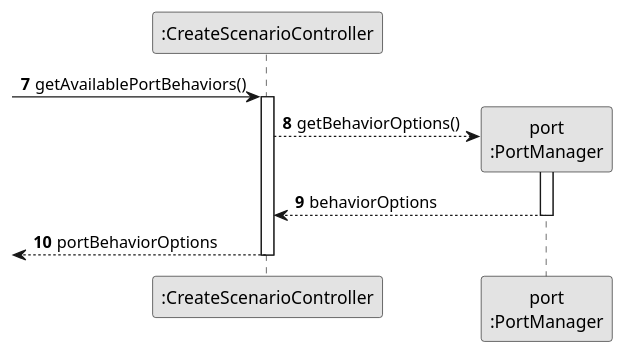
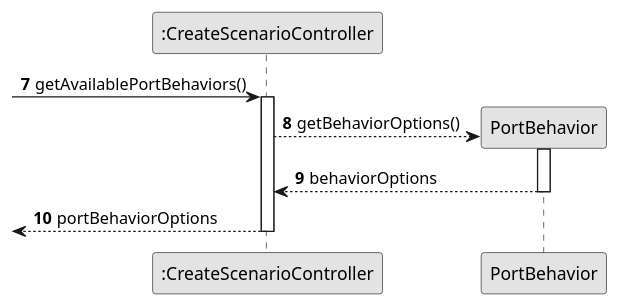
Before and after one commit to Andremonteiro1240850/railway_simulator: the diagram in docs/system-documentation/US04/03.Design/puml/SSD-Get-Port-Behavior.puml, drawn with PlantUML. The commit also changed 42 other files, not shown here.

```diff
--- a/docs/system-documentation/US04/03.Design/puml/SSD-Get-Port-Behavior.puml
+++ b/docs/system-documentation/US04/03.Design/puml/SSD-Get-Port-Behavior.puml
@@ -1,18 +1,18 @@
 @startuml
 skinparam monochrome true
 skinparam packageStyle rectangle
 skinparam shadowing false
 
 participant ":CreateScenarioController" as CTRL
-participant "port\n:PortManager" as PORT
+participant "PortBehavior" as PORT
 
 autonumber 7
 -> CTRL: getAvailablePortBehaviors()
 activate CTRL
     CTRL --> PORT**: getBehaviorOptions()
     activate PORT
         PORT --> CTRL: behaviorOptions
     deactivate PORT
 <-- CTRL: portBehaviorOptions
 deactivate CTRL
 @enduml
```
